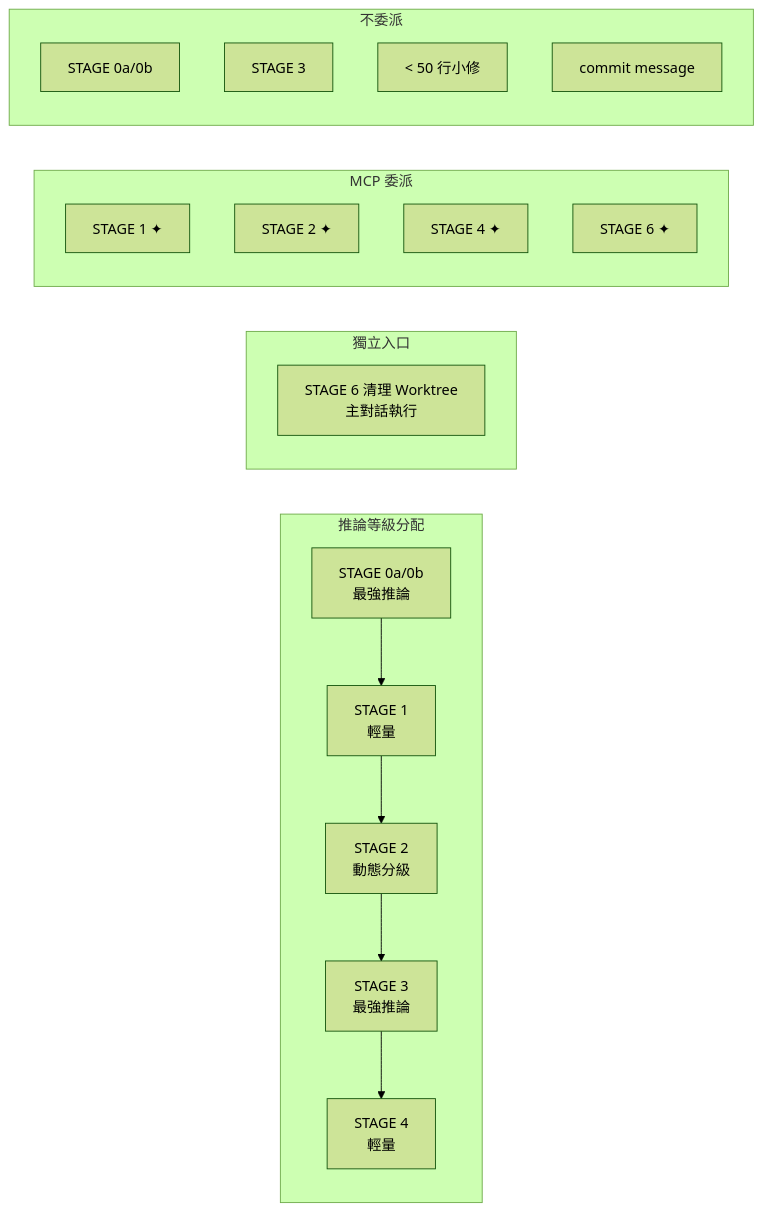
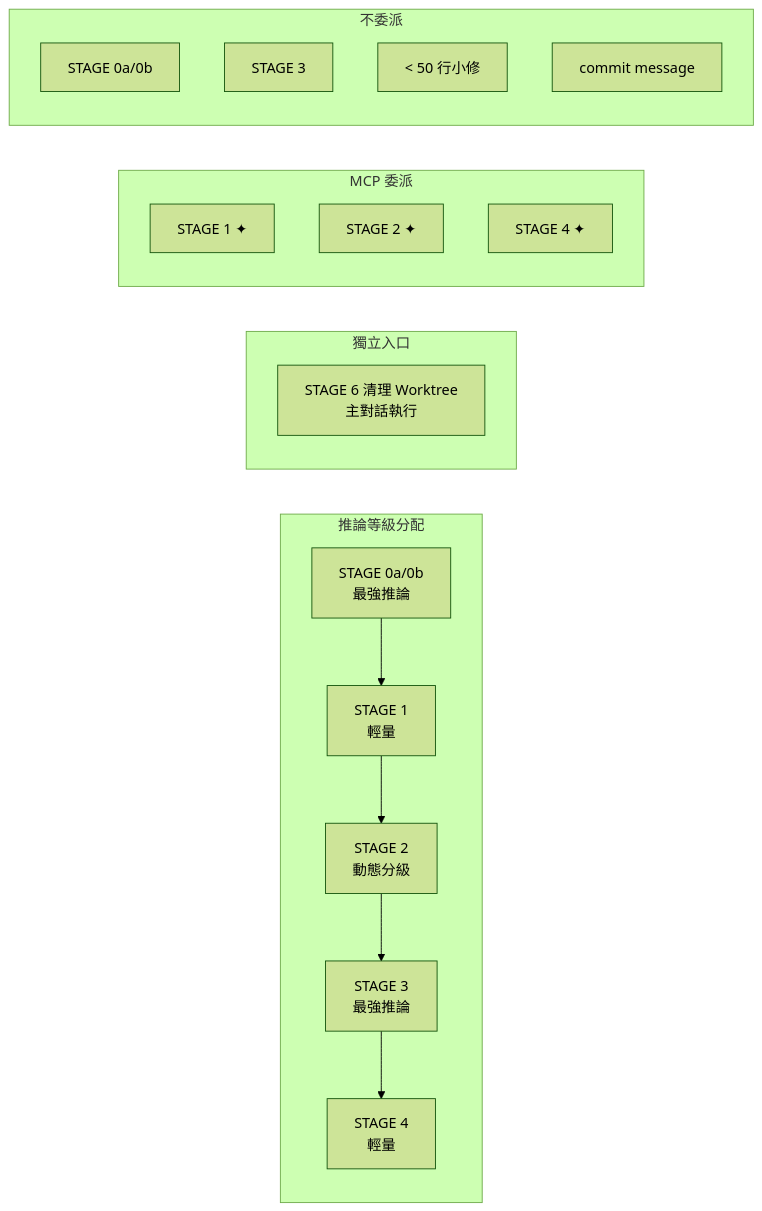
The diagram in docs/architecture/2026-08-06-gen-dev-workflow-analysis.md (Yomiamy/flutter_inspector_kit), drawn with Mermaid (forest theme) before and after one commit. The commit also changed other lines of this file and 1 other file, not shown here.

First line of the commit message:
docs(workflow): fix STAGE 6 cleanup execution model inconsistency

````diff
--- a/docs/architecture/2026-08-06-gen-dev-workflow-analysis.md
+++ b/docs/architecture/2026-08-06-gen-dev-workflow-analysis.md
@@ -250,27 +250,26 @@
 ```mermaid
 graph LR
     subgraph "推論等級分配"
         A["STAGE 0a/0b<br/>最強推論"] --> B["STAGE 1<br/>輕量"]
         B --> C["STAGE 2<br/>動態分級"]
         C --> D["STAGE 3<br/>最強推論"]
         D --> E["STAGE 4<br/>輕量"]
     end
 
     subgraph "獨立入口"
         E6["STAGE 6 清理 Worktree<br/>主對話執行"]
     end
 
     subgraph "MCP 委派"
         B2["STAGE 1 ✦"] 
         C2["STAGE 2 ✦"]
         E2["STAGE 4 ✦"]
-        F6["STAGE 6 ✦"]
     end
 
     subgraph "不委派"
         A2["STAGE 0a/0b"]
         D2["STAGE 3"]
         F2["< 50 行小修"]
         G2["commit message"]
     end
 ```
````
